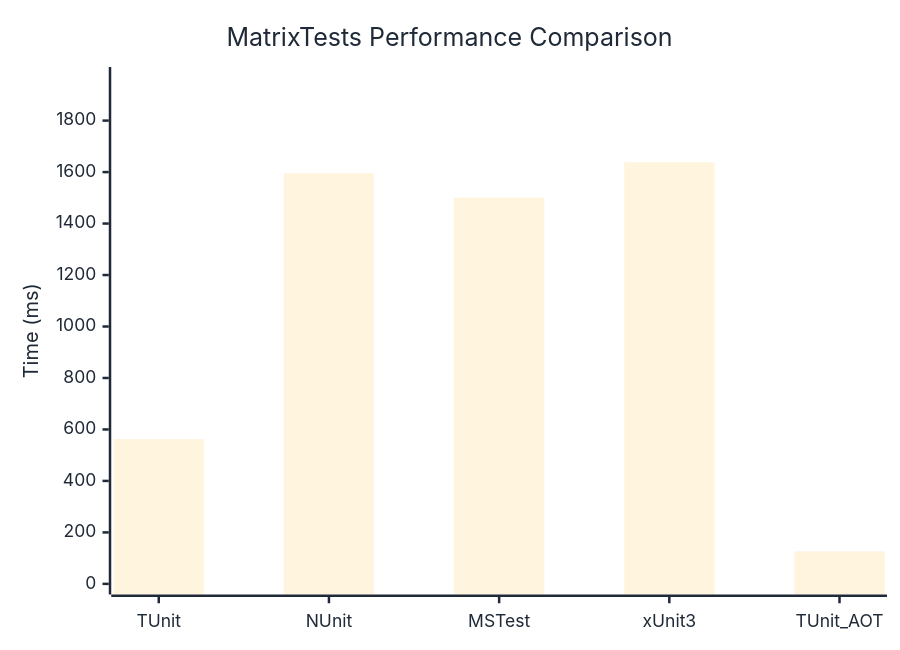
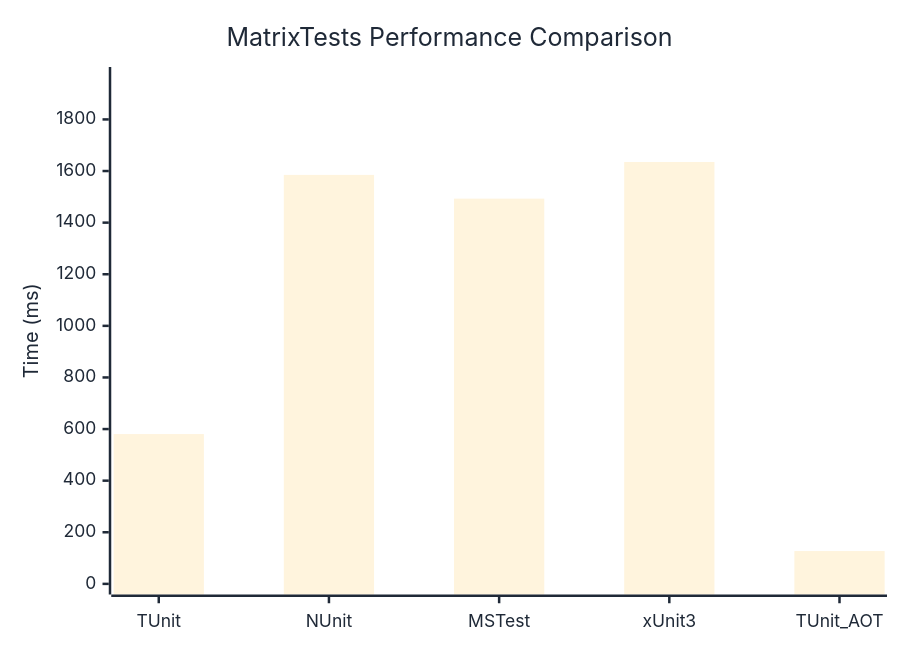
One commit to weiyilai/TUnit changed the diagram in docs/docs/benchmarks/MatrixTests.md. Above: the diagram before and after it, drawn with Mermaid. The commit also changed other lines of this file and 17 other files, not shown here.

````diff
--- a/docs/docs/benchmarks/MatrixTests.md
+++ b/docs/docs/benchmarks/MatrixTests.md
@@ -27,37 +27,37 @@
 ```mermaid
 %%{init: {
   'theme':'base',
   'themeVariables': {
     'primaryColor': '#2563eb',
     'primaryTextColor': '#1f2937',
     'primaryBorderColor': '#1e40af',
     'lineColor': '#6b7280',
     'secondaryColor': '#7c3aed',
     'tertiaryColor': '#dc2626',
     'background': '#ffffff',
     'mainBkg': '#2563eb',
     'secondBkg': '#7c3aed',
     'tertiaryBkg': '#dc2626',
     'clusterBkg': '#f3f4f6',
     'edgeLabelBackground': '#ffffff',
     'tertiaryTextColor': '#1f2937',
     'pie1': '#2563eb',
     'pie2': '#7c3aed',
     'pie3': '#dc2626',
     'pie4': '#f59e0b',
     'pie5': '#10b981',
     'pie6': '#06b6d4',
     'pie7': '#ec4899',
     'pie8': '#6366f1',
     'pie9': '#84cc16',
     'pie10': '#f97316',
     'pie11': '#14b8a6',
     'pie12': '#a855f7'
   }
 }}%%
 xychart-beta
   title "MatrixTests Performance Comparison"
   x-axis ["TUnit", "NUnit", "MSTest", "xUnit3", "TUnit_AOT"]
-  y-axis "Time (ms)" 0 --> 1967
-  bar [562.3, 1595.5, 1500.7, 1638.4, 126.2]
+  y-axis "Time (ms)" 0 --> 1962
+  bar [580.6, 1585, 1493, 1634.9, 127.2]
 ```
````
